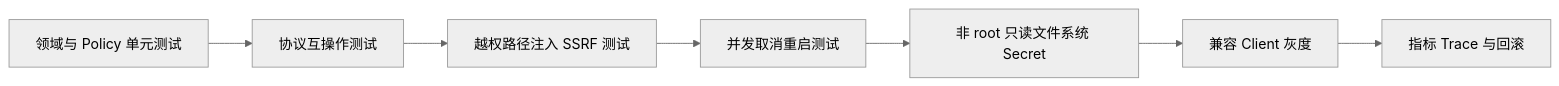
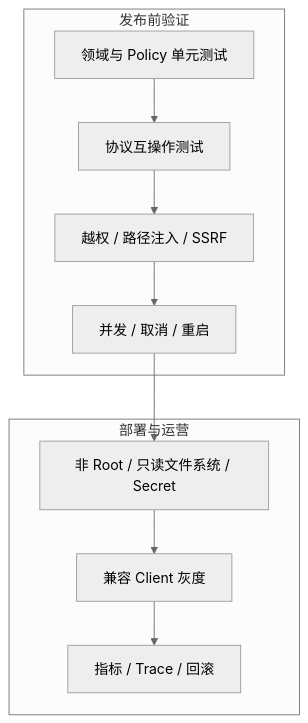
One commit to wujinjun/ai-agent-book changed the fourth of 5 diagrams in docs/part-03-rag-and-memory/ch12-mcp-server.md. Above: the diagram before and after it, drawn with Mermaid (neutral theme). The commit also changed other lines of this file and 536 other files, not shown here.

````diff
--- a/docs/part-03-rag-and-memory/ch12-mcp-server.md
+++ b/docs/part-03-rag-and-memory/ch12-mcp-server.md
@@ -74,12 +79,16 @@
 ```mermaid
 %% id: mcp-server-test-deploy-gates
 %% title: MCP Server 测试与部署门禁
 %% alt: Server 从单元协议安全和负载测试进入容器加固灰度发布与线上观测的质量门禁
-flowchart LR
-    Unit[领域与 Policy 单元测试] --> Protocol[协议互操作测试]
-    Protocol --> Security[越权路径注入 SSRF 测试]
-    Security --> Load[并发取消重启测试]
-    Load --> Harden[非 root 只读文件系统 Secret]
-    Harden --> Canary[兼容 Client 灰度]
-    Canary --> Observe[指标 Trace 与回滚]
+flowchart TB
+    subgraph Verify["发布前验证"]
+        Unit["领域与 Policy 单元测试"] --> Protocol["协议互操作测试"]
+        Protocol --> Security["越权 / 路径注入 / SSRF"]
+        Security --> Load["并发 / 取消 / 重启"]
+    end
+    subgraph Release["部署与运营"]
+        Harden["非 Root / 只读文件系统 / Secret"] --> Canary["兼容 Client 灰度"]
+        Canary --> Observe["指标 / Trace / 回滚"]
+    end
+    Load --> Harden
 ```
````
